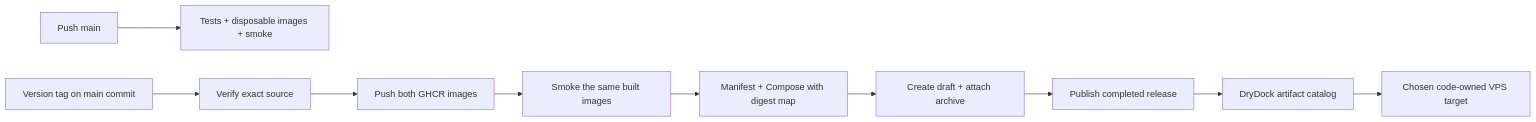
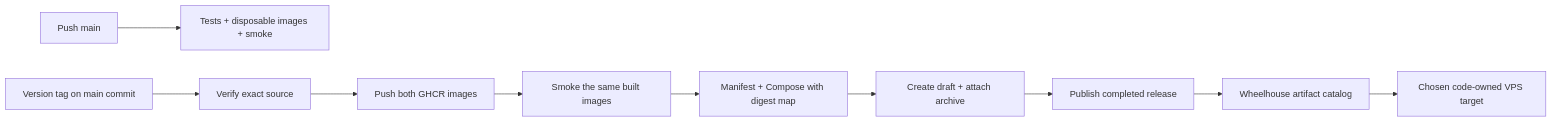
Before and after one commit to wow-two-platform/wow-two-platform.drydock: the diagram in engineering/planning/ci-artifact-policy.md, drawn with Mermaid. The commit also changed other lines of this file and 322 other files, not shown here.

````diff
--- a/engineering/planning/ci-artifact-policy.md
+++ b/engineering/planning/ci-artifact-policy.md
@@ -48,12 +48,12 @@
 ```mermaid
 flowchart LR
   Main[Push main] --> Verify[Tests + disposable images + smoke]
   Tag[Version tag on main commit] --> ReleaseVerify[Verify exact source]
   ReleaseVerify --> Pair[Push both GHCR images]
   Pair --> Smoke[Smoke the same built images]
   Smoke --> Bundle[Manifest + Compose with digest map]
   Bundle --> Draft[Create draft + attach archive]
   Draft --> Published[Publish completed release]
-  Published --> Dock[DryDock artifact catalog]
+  Published --> Dock[Wheelhouse artifact catalog]
   Dock --> Target[Chosen code-owned VPS target]
 ```
````
